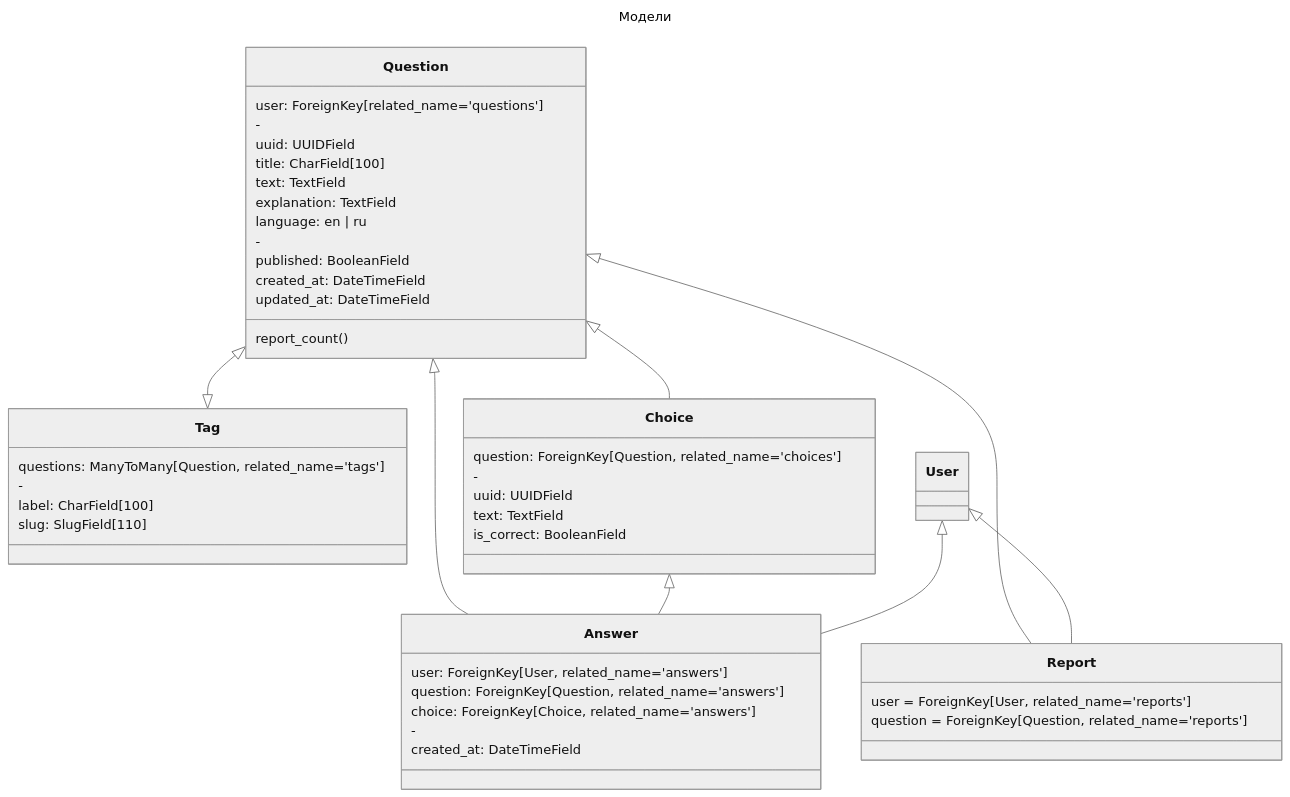
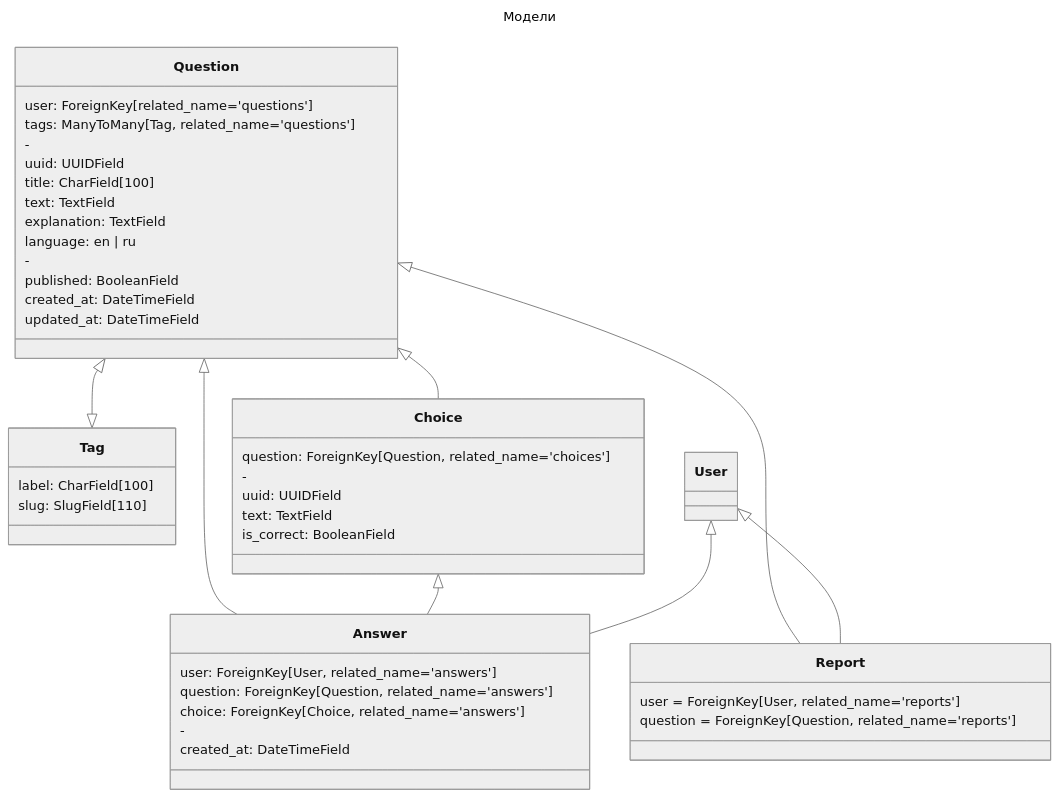
Before and after one commit to DmitryPi/brainrefresh: the diagram in README.md, drawn with Mermaid (neutral theme). The commit also changed 4 other files, not shown here.

````diff
--- a/README.md
+++ b/README.md
@@ -61,55 +61,53 @@
 ```mermaid
 ---
 title: Модели
 ---
 classDiagram
     Question <|--|> Tag
     Question <|-- Choice
     Question <|-- Report
     Question <|-- Answer
     Choice <|-- Answer
     User <|-- Answer
     User <|-- Report
 
     class Question {
         user: ForeignKey[related_name='questions']
+        tags: ManyToMany[Tag, related_name='questions']
         -
         uuid: UUIDField
         title: CharField[100]
         text: TextField
         explanation: TextField
         language: en | ru
-        report_count()
         -
         published: BooleanField
         created_at: DateTimeField
         updated_at: DateTimeField
     }
     class Tag {
-        questions: ManyToMany[Question, related_name='tags']
-        -
         label: CharField[100]
         slug: SlugField[110]
     }
     class Choice {
         question: ForeignKey[Question, related_name='choices']
         -
         uuid: UUIDField
         text: TextField
         is_correct: BooleanField
     }
     class Report {
         user = ForeignKey[User, related_name='reports']
         question = ForeignKey[Question, related_name='reports']
     }
     class Answer {
         user: ForeignKey[User, related_name='answers']
         question: ForeignKey[Question, related_name='answers']
         choice: ForeignKey[Choice, related_name='answers']
         -
         created_at: DateTimeField
     }
     class User {
 
     }
 ```
````
